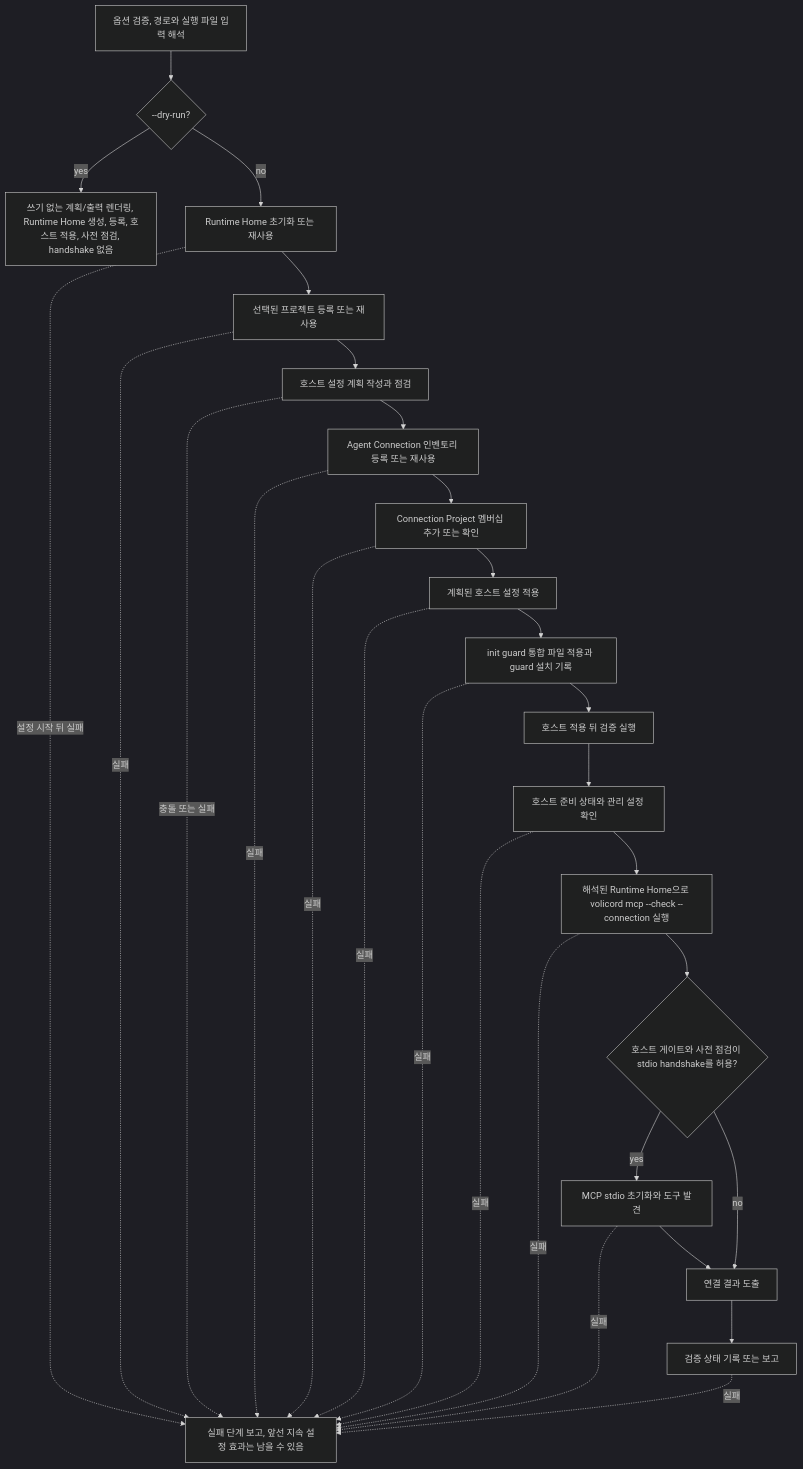
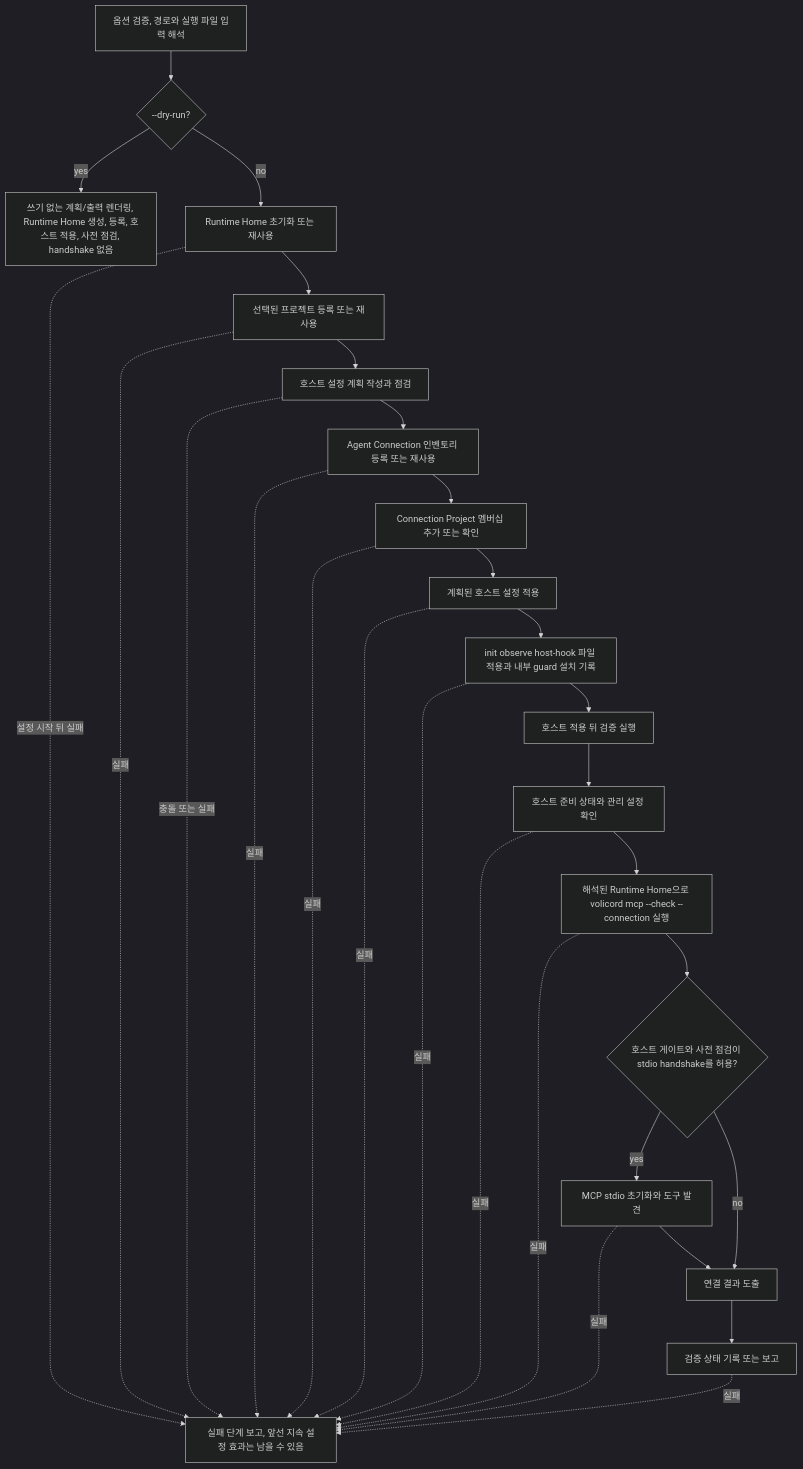
One commit to minjungw00/Volicord changed the fourth of 4 diagrams in docs/ko/development/architecture.md. Above: the diagram before and after it, drawn with Mermaid (dark theme). The commit also changed other lines of this file and 42 other files, not shown here.

````diff
--- a/docs/ko/development/architecture.md
+++ b/docs/ko/development/architecture.md
@@ -295,39 +295,39 @@
 ```mermaid
 flowchart TD
   parse["옵션 검증, 경로와 실행 파일 입력 해석"]
   dry{"--dry-run?"}
   dryout["쓰기 없는 계획/출력 렌더링, Runtime Home 생성, 등록, 호스트 적용, 사전 점검, handshake 없음"]
   runtime["Runtime Home 초기화 또는 재사용"]
   project["선택된 프로젝트 등록 또는 재사용"]
   plan["호스트 설정 계획 작성과 점검"]
   connection["Agent Connection 인벤토리 등록 또는 재사용"]
   membership["Connection Project 멤버십 추가 또는 확인"]
   host["계획된 호스트 설정 적용"]
-  integration["init guard 통합 파일 적용과 guard 설치 기록"]
+  integration["init observe host-hook 파일 적용과 내부 guard 설치 기록"]
   verify["호스트 적용 뒤 검증 실행"]
   readiness["호스트 준비 상태와 관리 설정 확인"]
   preflight["해석된 Runtime Home으로 volicord mcp --check --connection 실행"]
   gate{"호스트 게이트와 사전 점검이 stdio handshake를 허용?"}
   handshake["MCP stdio 초기화와 도구 발견"]
   aggregate["연결 결과 도출"]
   final["검증 상태 기록 또는 보고"]
   fail["실패 단계 보고, 앞선 지속 설정 효과는 남을 수 있음"]
 
   parse --> dry
   dry -- yes --> dryout
   dry -- no --> runtime --> project --> plan --> connection --> membership --> host --> integration --> verify
   verify --> readiness --> preflight --> gate
   gate -- yes --> handshake --> aggregate --> final
   gate -- no --> aggregate
   runtime -. 설정 시작 뒤 실패 .-> fail
   project -. 실패 .-> fail
   plan -. 충돌 또는 실패 .-> fail
   connection -. 실패 .-> fail
   membership -. 실패 .-> fail
   host -. 실패 .-> fail
   integration -. 실패 .-> fail
   readiness -. 실패 .-> fail
   preflight -. 실패 .-> fail
   handshake -. 실패 .-> fail
   final -. 실패 .-> fail
 ```
````
